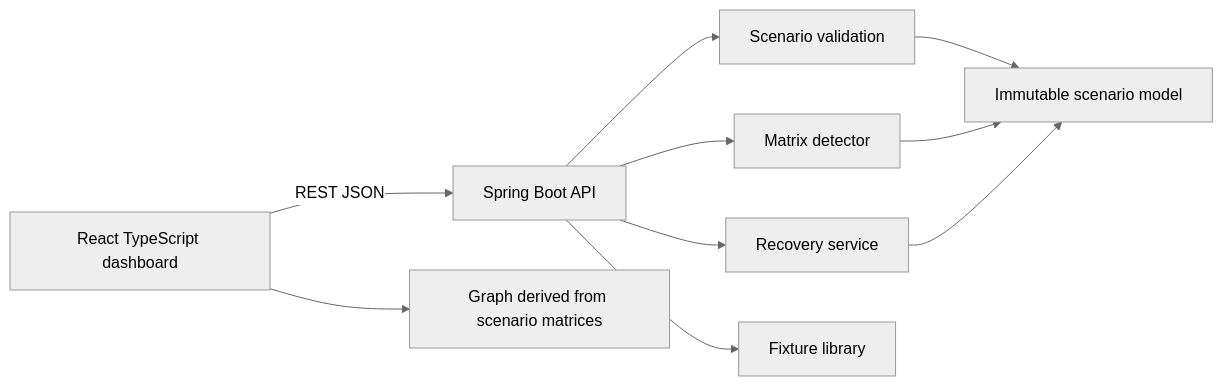
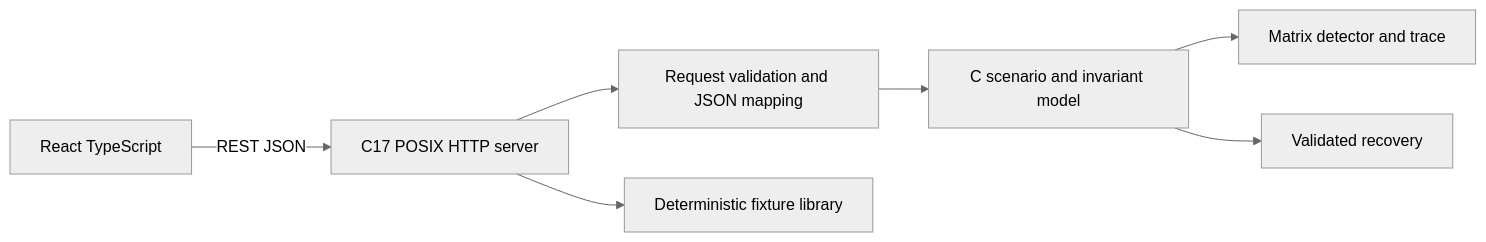
Before and after one commit to karkalashivareddy/Deadlock-Detection-and-Recovery-Simulator: the diagram in README.md, drawn with Mermaid (neutral theme). The commit also changed other lines of this file and 30 other files, not shown here.

````diff
--- a/README.md
+++ b/README.md
@@ -28,12 +24,9 @@
 ```mermaid
 flowchart LR
-  UI[React TypeScript dashboard] -->|REST JSON| API[Spring Boot API]
-  API --> VALID[Scenario validation]
-  API --> DET[Matrix detector]
-  API --> REC[Recovery service]
-  API --> LIB[Fixture library]
-  VALID --> DOMAIN[Immutable scenario model]
-  DET --> DOMAIN
-  REC --> DOMAIN
-  UI --> DERIVE[Graph derived from scenario matrices]
+  UI[React TypeScript] -->|REST JSON| API[C17 POSIX HTTP server]
+  API --> JSON[Request validation and JSON mapping]
+  JSON --> CORE[C scenario and invariant model]
+  CORE --> DET[Matrix detector and trace]
+  CORE --> REC[Validated recovery]
+  API --> FIX[Deterministic fixture library]
 ```
````
